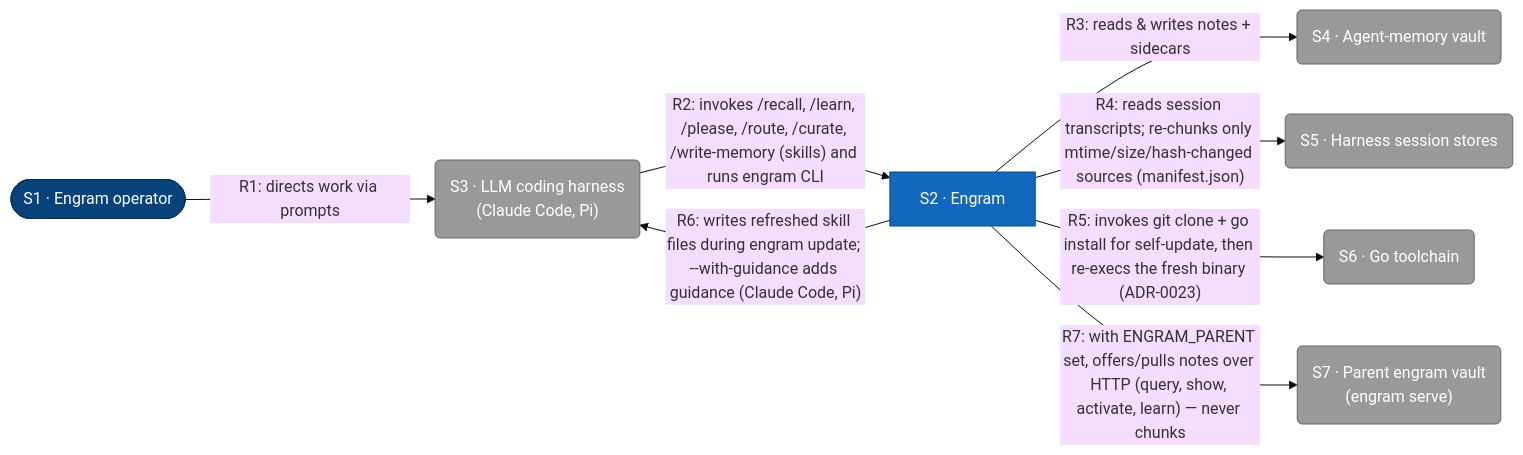
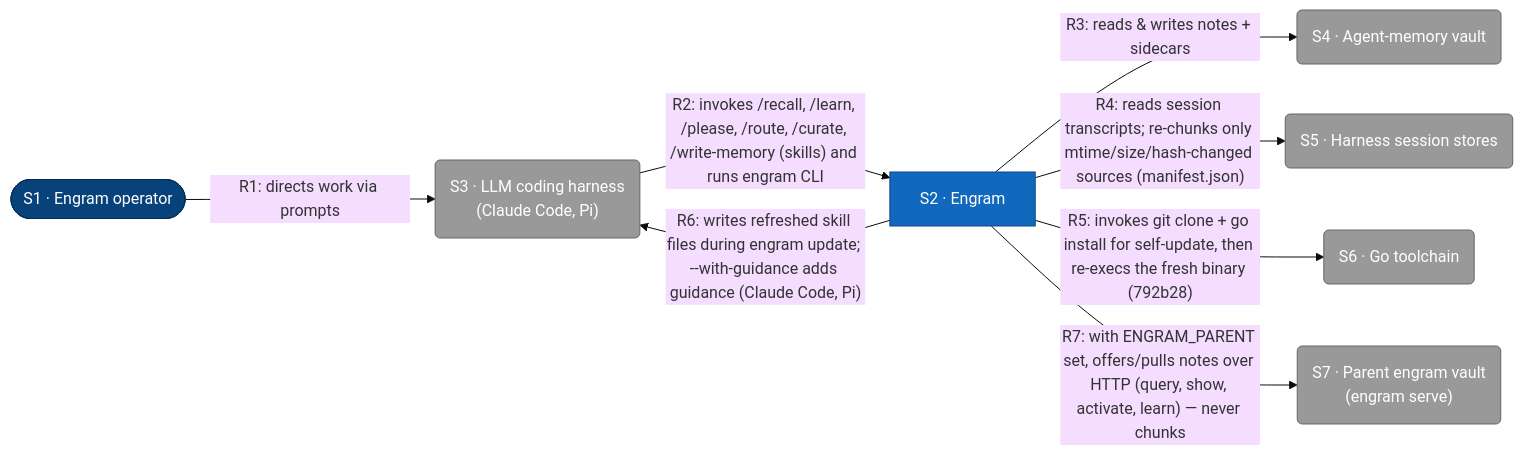
Before and after one commit to toejough/engram: the first of 8 diagrams in docs/deprecated/architecture/c1-system-context.md, drawn with Mermaid (base theme). The commit also changed other lines of this file and 18 other files, not shown here.

````diff
--- a/docs/deprecated/architecture/c1-system-context.md
+++ b/docs/deprecated/architecture/c1-system-context.md
@@ -9,33 +9,33 @@
 ```mermaid
 flowchart LR
     classDef person      fill:#08427b,stroke:#052e56,color:#fff
     classDef external    fill:#999,   stroke:#666,   color:#fff
     classDef container   fill:#1168bd,stroke:#0b4884,color:#fff
 
     user([S1 · Engram operator])
     engram[S2 · Engram]
     harness("S3 · LLM coding harness<br/>(Claude Code, Pi)")
     vault(S4 · Agent-memory vault)
     sessions(S5 · Harness session stores)
     gotool(S6 · Go toolchain)
     parentvault("S7 · Parent engram vault<br/>(engram serve)")
 
     user -->|"R1: directs work via prompts"| harness
     harness -->|"R2: invokes /recall, /learn, /please, /route, /curate, /write-memory (skills) and runs engram CLI"| engram
     engram -->|"R3: reads & writes notes + sidecars"| vault
     engram -->|"R4: reads session transcripts; re-chunks only mtime/size/hash-changed sources (manifest.json)"| sessions
-    engram -->|"R5: invokes git clone + go install for self-update, then re-execs the fresh binary (ADR-0023)"| gotool
+    engram -->|"R5: invokes git clone + go install for self-update, then re-execs the fresh binary (792b28)"| gotool
     engram -->|"R6: writes refreshed skill files during engram update; --with-guidance adds guidance (Claude Code, Pi)"| harness
     engram -->|"R7: with ENGRAM_PARENT set, offers/pulls notes over HTTP (query, show, activate, learn) — never chunks"| parentvault
 
     class user person
     class harness,vault,sessions,gotool,parentvault external
     class engram container
 
     click user href "#s1-engram-operator"
     click engram href "#s2-engram"
     click harness href "#s3-llm-coding-harness"
     click sessions href "#s5-harness-session-stores"
     click gotool href "#s6-go-toolchain"
     click parentvault href "#s7-parent-engram-vault"
 ```
````
